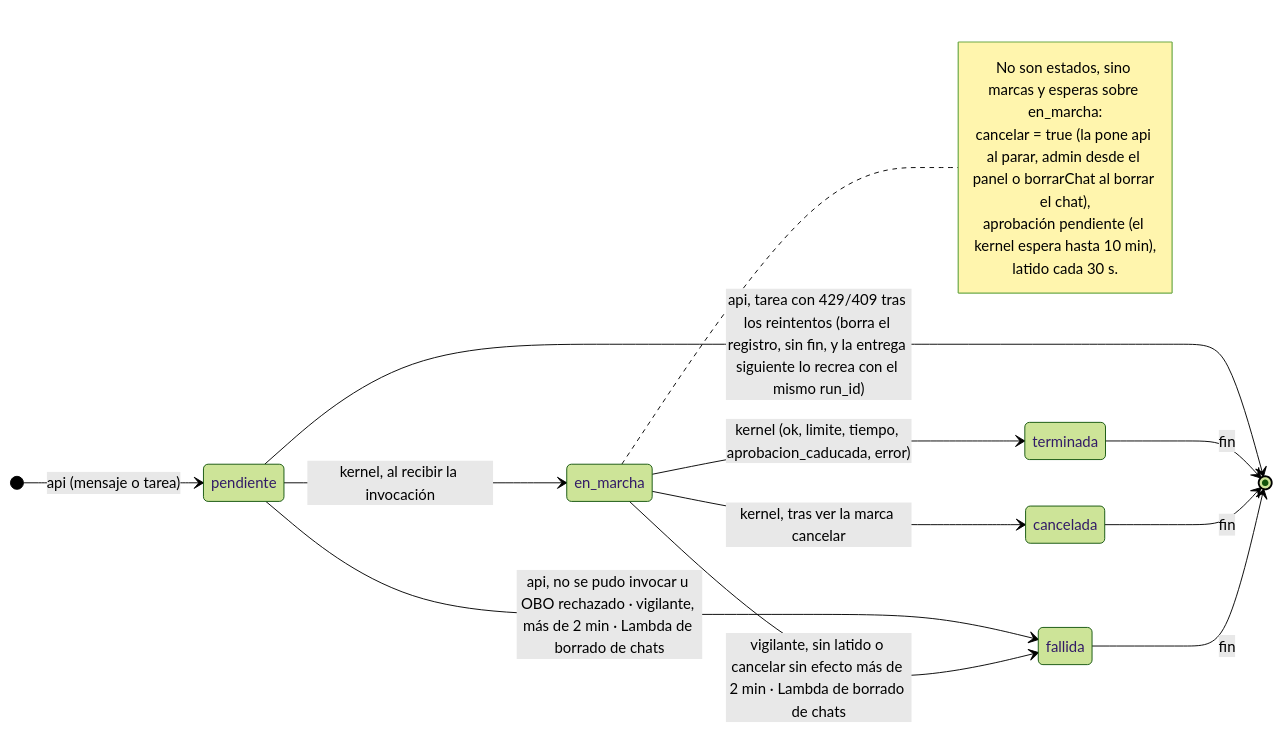
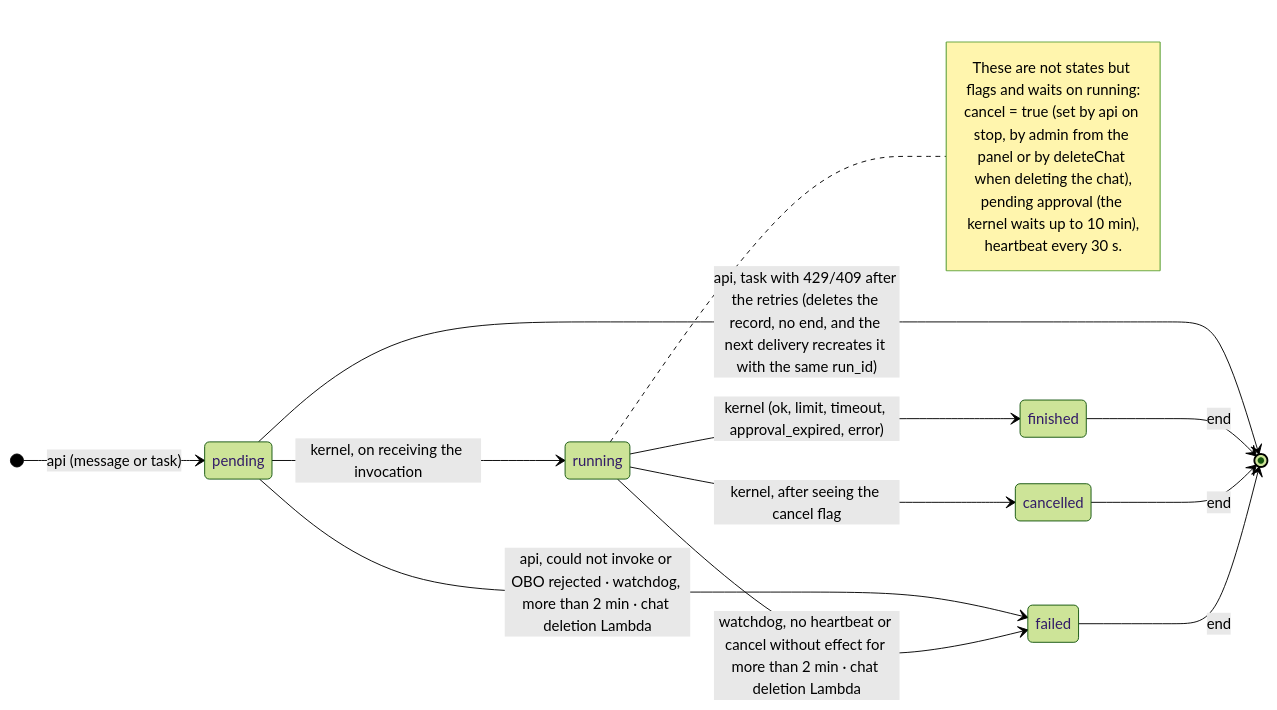
One commit to ikermendi/sample-agent-platform-with-agentcore changed the fourth of 10 diagrams in docs/arquitectura-agentes.md. Above: the diagram before and after it, drawn with Mermaid (forest theme). The commit also changed other lines of this file and 21 other files, not shown here.

````diff
--- a/docs/arquitectura-agentes.md
+++ b/docs/arquitectura-agentes.md
@@ -591,20 +591,20 @@
 ```mermaid
 stateDiagram-v2
   direction LR
-  [*] --> pendiente : api (mensaje o tarea)
-  pendiente --> en_marcha : kernel, al recibir la invocación
-  pendiente --> fallida : api, no se pudo invocar u OBO rechazado · vigilante, más de 2 min · Lambda de borrado de chats
-  pendiente --> [*] : api, tarea con 429/409 tras los reintentos (borra el registro, sin fin, y la entrega siguiente lo recrea con el mismo run_id)
-  en_marcha --> terminada : kernel (ok, limite, tiempo, aprobacion_caducada, error)
-  en_marcha --> cancelada : kernel, tras ver la marca cancelar
-  en_marcha --> fallida : vigilante, sin latido o cancelar sin efecto más de 2 min · Lambda de borrado de chats
-  terminada --> [*] : fin
-  cancelada --> [*] : fin
-  fallida --> [*] : fin
-  note right of en_marcha
-    No son estados, sino marcas y esperas sobre en_marcha:
-    cancelar = true (la pone api al parar, admin desde el panel o borrarChat al borrar el chat),
-    aprobación pendiente (el kernel espera hasta 10 min),
-    latido cada 30 s.
+  [*] --> pending : api (message or task)
+  pending --> running : kernel, on receiving the invocation
+  pending --> failed : api, could not invoke or OBO rejected · watchdog, more than 2 min · chat deletion Lambda
+  pending --> [*] : api, task with 429/409 after the retries (deletes the record, no end, and the next delivery recreates it with the same run_id)
+  running --> finished : kernel (ok, limit, timeout, approval_expired, error)
+  running --> cancelled : kernel, after seeing the cancel flag
+  running --> failed : watchdog, no heartbeat or cancel without effect for more than 2 min · chat deletion Lambda
+  finished --> [*] : end
+  cancelled --> [*] : end
+  failed --> [*] : end
+  note right of running
+    These are not states but flags and waits on running:
+    cancel = true (set by api on stop, by admin from the panel or by deleteChat when deleting the chat),
+    pending approval (the kernel waits up to 10 min),
+    heartbeat every 30 s.
   end note
 ```
````
